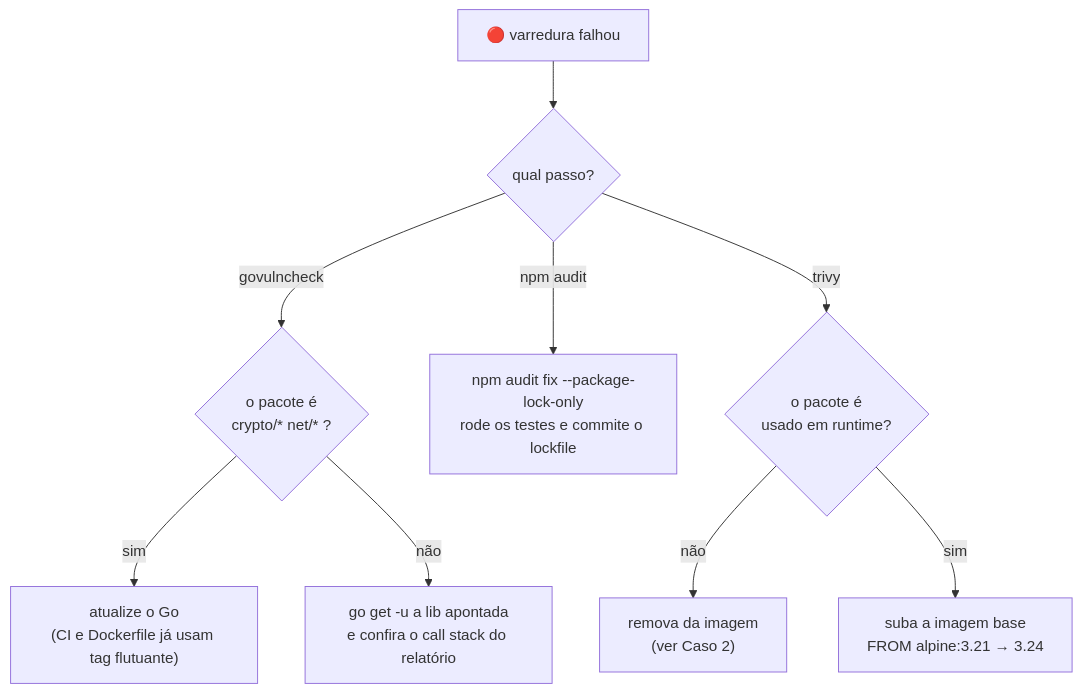
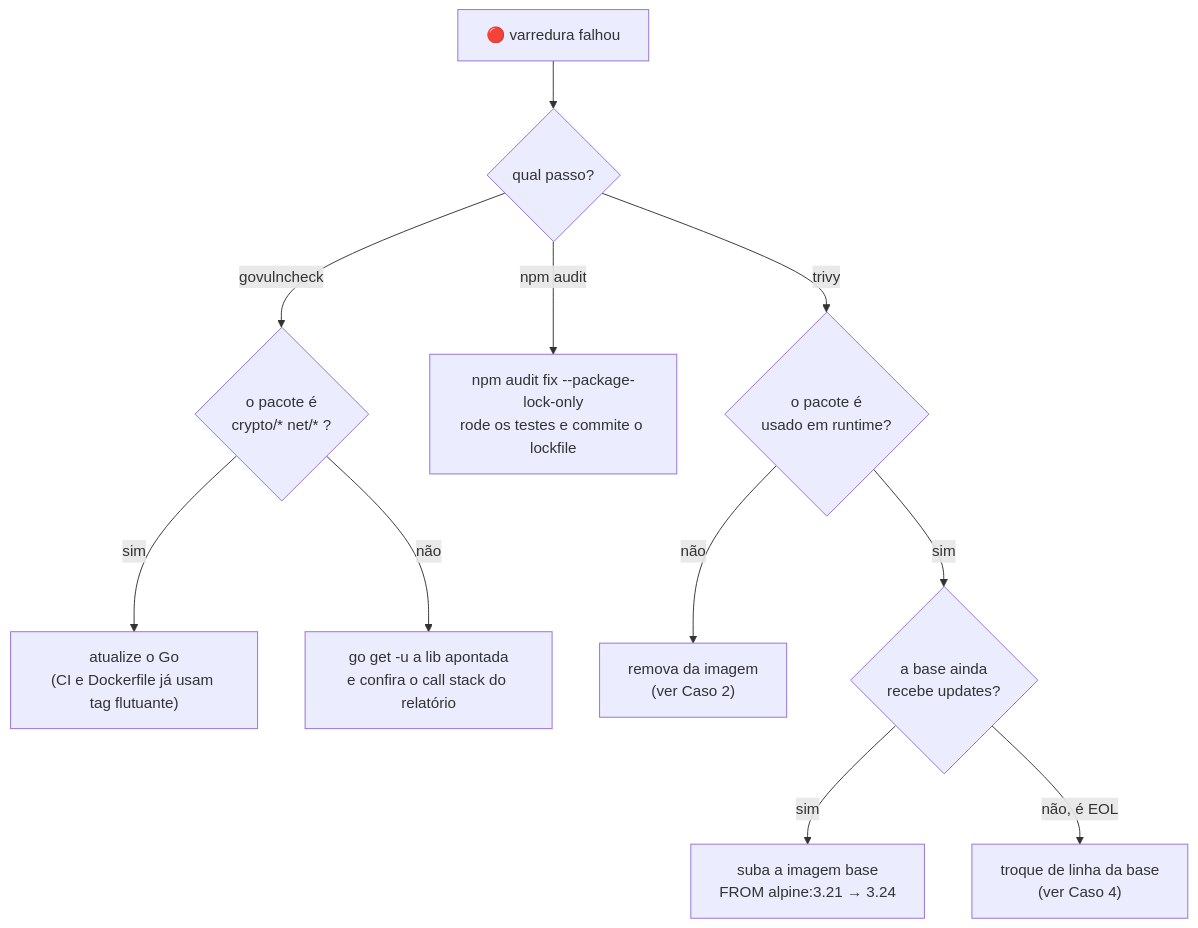
The second of 2 diagrams in docs/entrega-continua.md (caetasousa/agendaGo), drawn with Mermaid before and after one commit. The commit also changed other lines of this file and 1 other file, not shown here.

First line of the commit message:
docs: registra a correção de base EOL como quarto caso real

````diff
--- a/docs/entrega-continua.md
+++ b/docs/entrega-continua.md
@@ -348,14 +395,16 @@
 ```mermaid
 flowchart TD
     A["🔴 varredura falhou"] --> B{"qual passo?"}
 
     B -->|govulncheck| C{"o pacote é<br/>crypto/* net/* ?"}
     C -->|sim| D["atualize o Go<br/>(CI e Dockerfile já usam tag flutuante)"]
     C -->|não| E["go get -u a lib apontada<br/>e confira o call stack do relatório"]
 
     B -->|npm audit| F["npm audit fix --package-lock-only<br/>rode os testes e commite o lockfile"]
 
     B -->|trivy| G{"o pacote é<br/>usado em runtime?"}
     G -->|não| H["remova da imagem<br/>(ver Caso 2)"]
-    G -->|sim| I["suba a imagem base<br/>FROM alpine:3.21 → 3.24"]
+    G -->|sim| J{"a base ainda<br/>recebe updates?"}
+    J -->|sim| I["suba a imagem base<br/>FROM alpine:3.21 → 3.24"]
+    J -->|não, é EOL| K["troque de linha da base<br/>(ver Caso 4)"]
 ```
````
